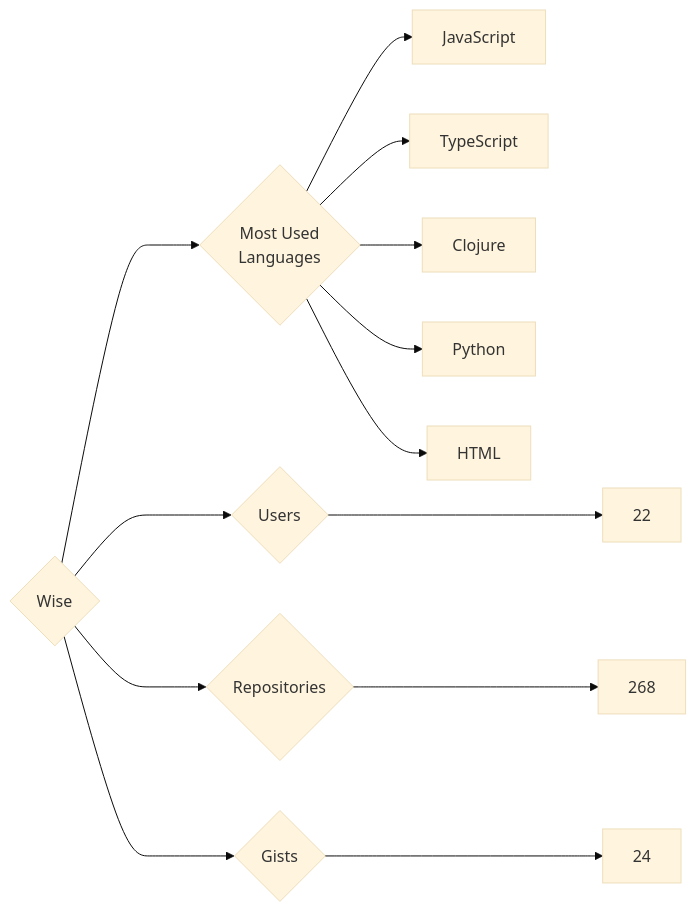
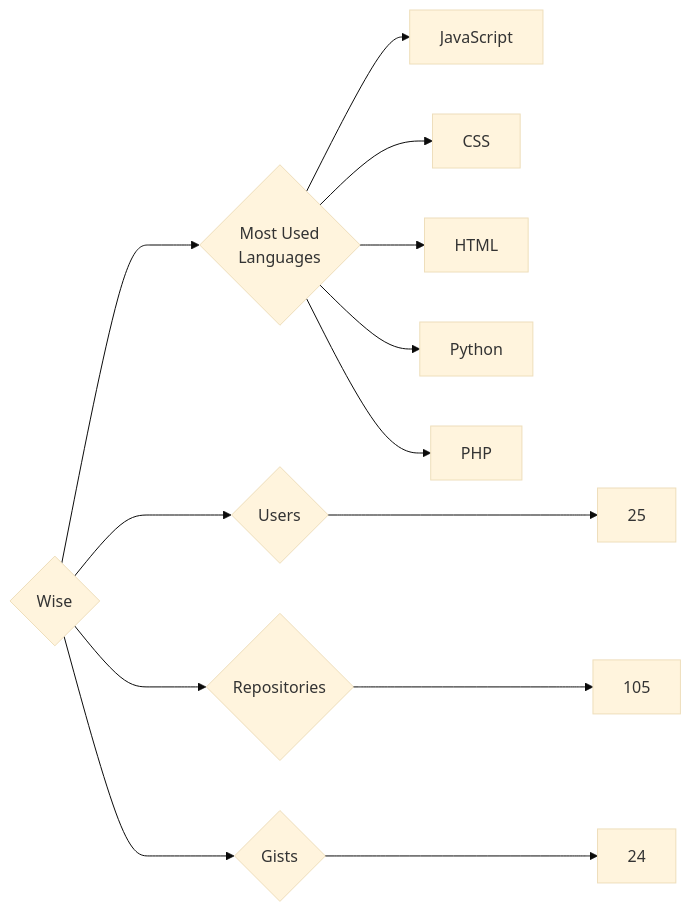
One commit to trickest/insiders changed the diagram in targets/Wise/README.md. Above: the diagram before and after it, drawn with Mermaid (base theme). The commit also changed 682 other files, not shown here.

````diff
--- a/targets/Wise/README.md
+++ b/targets/Wise/README.md
@@ -3,13 +3,13 @@
 ```mermaid
 graph LR
 COMPANY_NAME{Wise}
-COMPANY_NAME ---> U{Users} ---> UN[22]
-COMPANY_NAME ---> R{Repositories} ---> RN[268]
+COMPANY_NAME ---> U{Users} ---> UN[25]
+COMPANY_NAME ---> R{Repositories} ---> RN[105]
 COMPANY_NAME ---> G{Gists} ---> GN[24]
 COMPANY_NAME ---> ML{Most Used<br>Languages}
 ML --> JavaScript[JavaScript]
-ML --> TypeScript[TypeScript]
-ML --> Clojure[Clojure]
+ML --> CSS[CSS]
+ML --> HTML[HTML]
 ML --> Python[Python]
-ML --> HTML[HTML]
+ML --> PHP[PHP]
 ```
````
